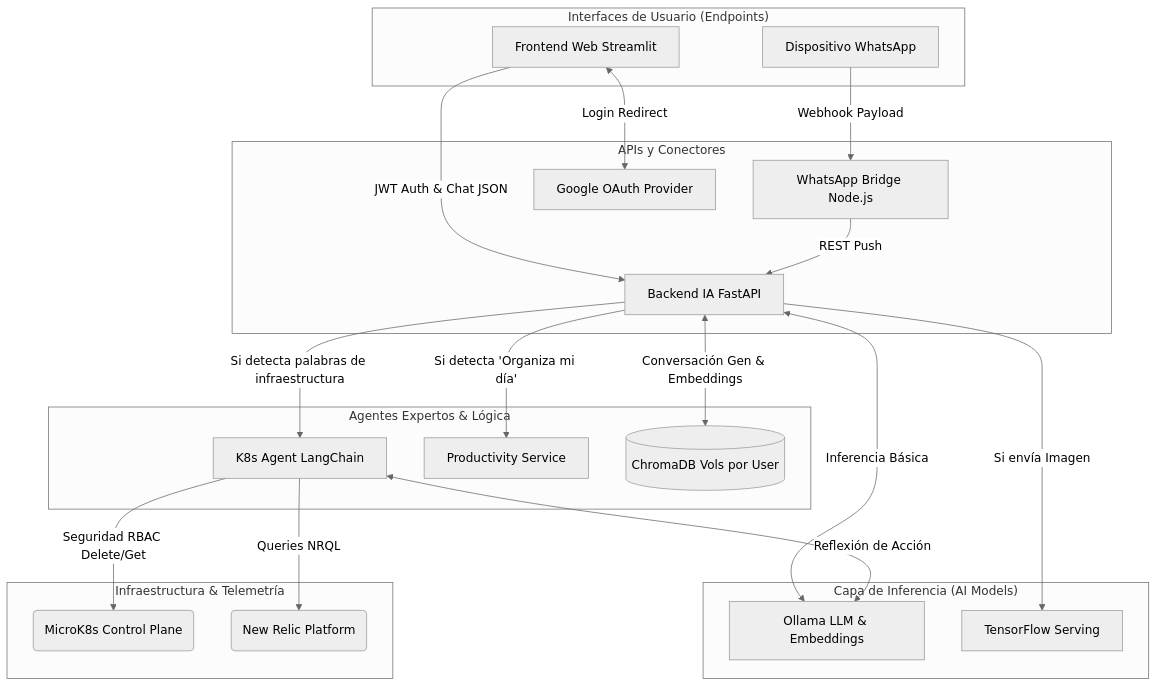
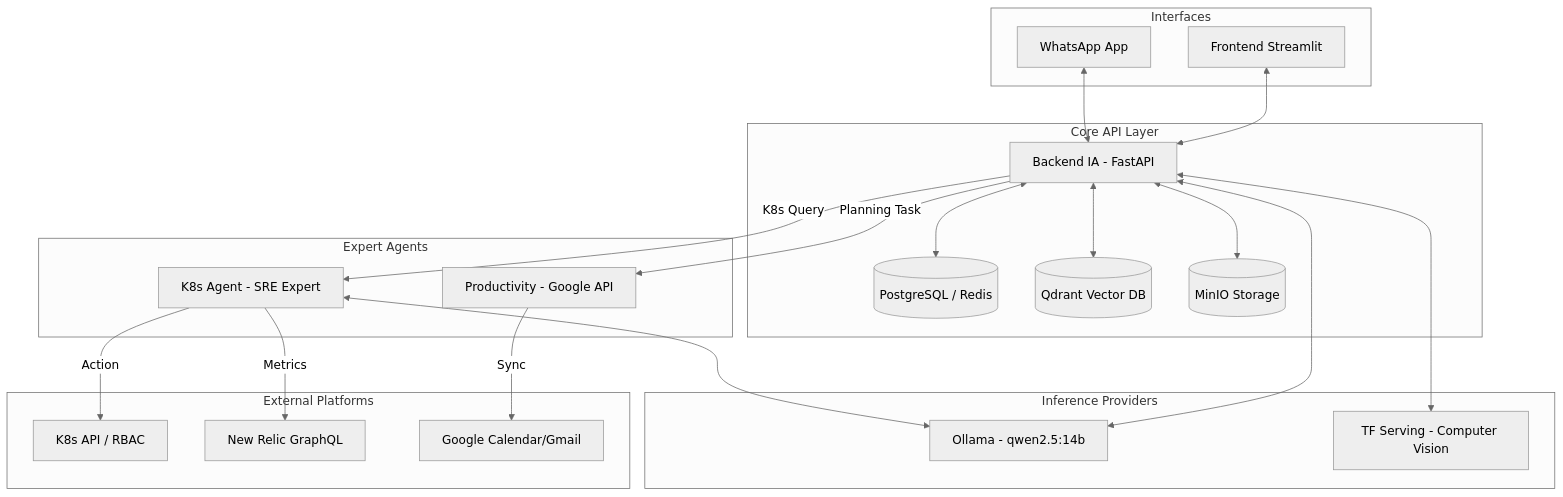
One commit to ricardogs26/amael-ia changed the diagram in README.md. Above: the diagram before and after it, drawn with Mermaid (neutral theme). The commit also changed other lines of this file and 9 other files, not shown here.

Commit message:
Fase2 mejora de memoria integracion REDIS,QDRANT, MONIO, PORTGRES

````diff
--- a/README.md
+++ b/README.md
@@ -39,47 +75,41 @@
 ```mermaid
 graph TD
-    subgraph "Interfaces de Usuario (Endpoints)"
-        UI[Frontend Web Streamlit]
-        WA[Dispositivo WhatsApp]
+    subgraph "Interfaces"
+        UI[Frontend Streamlit]
+        WA[WhatsApp App]
     end
 
-    subgraph "APIs y Conectores"
-        GW[WhatsApp Bridge Node.js]
-        BE[Backend IA FastAPI]
-        AUTH[Google OAuth Provider]
+    subgraph "Core API Layer"
+        BE[Backend IA - FastAPI]
+        DB[(PostgreSQL / Redis)]
+        VS[(Qdrant Vector DB)]
+        OBJ[(MinIO Storage)]
     end
 
-    subgraph "Agentes Expertos & Lógica"
-        K8S[K8s Agent LangChain]
-        PROD[Productivity Service]
-        RAG[(ChromaDB Vols por User)]
+    subgraph "Expert Agents"
+        K8S[K8s Agent - SRE Expert]
+        PROD[Productivity - Google API]
     end
 
-    subgraph "Capa de Inferencia (AI Models)"
-        OLLAMA[Ollama LLM & Embeddings]
-        TF[TensorFlow Serving]
+    subgraph "Inference Providers"
+        OL[Ollama - qwen2.5:14b]
+        TF[TF Serving - Computer Vision]
     end
 
-    subgraph "Infraestructura & Telemetría"
-        KUBE(MicroK8s Control Plane)
-        NR(New Relic Platform)
+    subgraph "External Platforms"
+        KUBE[K8s API / RBAC]
+        NR[New Relic GraphQL]
+        GAPI[Google Calendar/Gmail]
     end
 
-    %% Flujos de ingreso
-    UI -->|JWT Auth & Chat JSON| BE
-    UI <-->|Login Redirect| AUTH
-    WA -->|Webhook Payload| GW
-    GW -->|REST Push| BE
-    
-    %% Ruteo del Backend
-    BE <-->|Conversación Gen & Embeddings| RAG
-    BE <-->|Inferencia Básica| OLLAMA
-    BE -->|Si detecta palabras de infraestructura| K8S
-    BE -->|Si detecta 'Organiza mi día'| PROD
-    BE -->|Si envía Imagen| TF
-    
-    %% Acciones del K8s Agent
-    K8S <-->|Reflexión de Acción| OLLAMA
-    K8S -->|Seguridad RBAC Delete/Get| KUBE
-    K8S -->|Queries NRQL| NR
+    %% Connectivity
+    UI & WA <--> BE
+    BE <--> DB & VS & OBJ
+    BE <--> OL & TF
+    BE -->|K8s Query| K8S
+    BE -->|Planning Task| PROD
+    K8S <--> OL
+    K8S -->|Action| KUBE
+    K8S -->|Metrics| NR
+    PROD -->|Sync| GAPI
 ```
````
